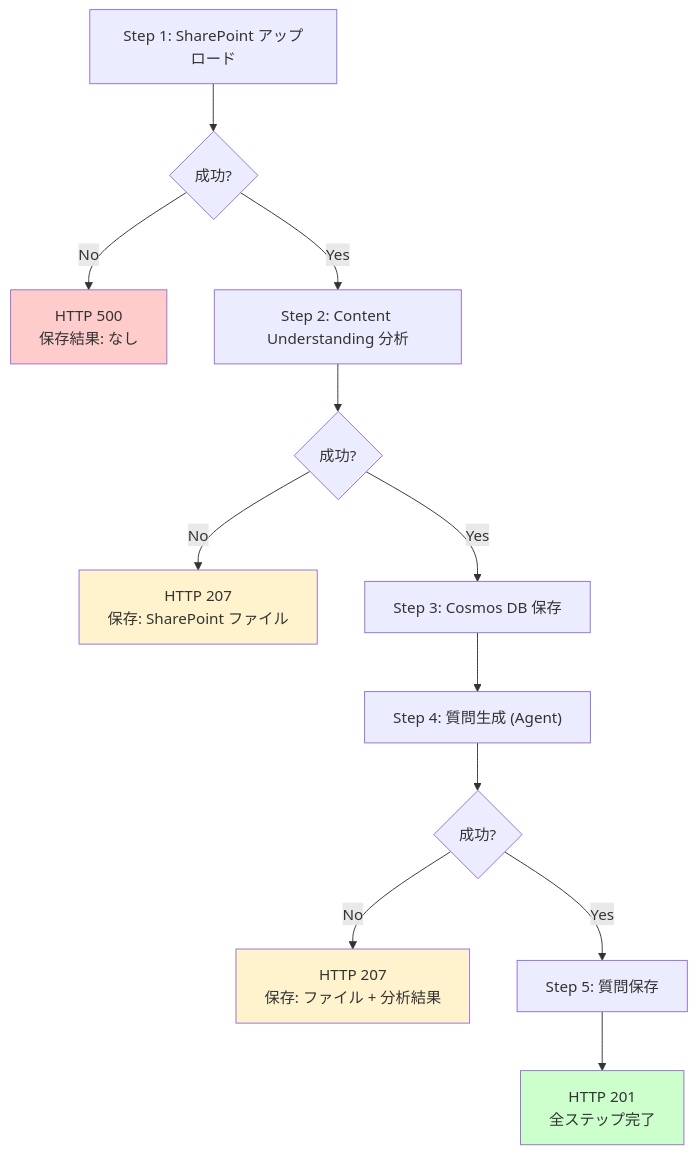
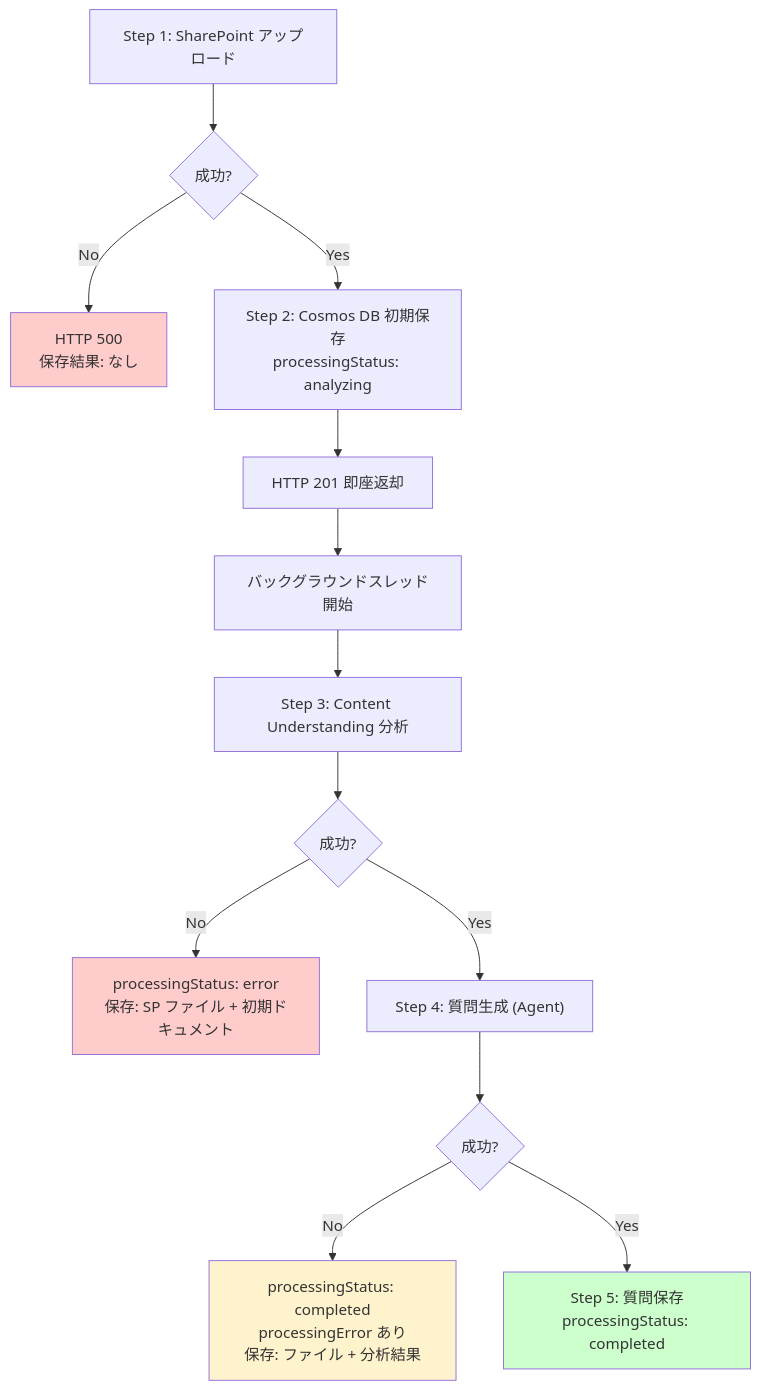
Diagram 17 of 20 in docs/ARCHITECTURE.md (hatasaki/Manufacturing-Intelligent-Document-Management), drawn with Mermaid before and after one commit. The commit also changed other lines of this file and 11 other files, not shown here.

````diff
--- a/docs/ARCHITECTURE.md
+++ b/docs/ARCHITECTURE.md
@@ -568,19 +578,20 @@
 ```mermaid
 flowchart TD
     STEP1["Step 1: SharePoint アップロード"] --> S1_OK{成功?}
     S1_OK -->|No| ERR500["HTTP 500<br/>保存結果: なし"]
-    S1_OK -->|Yes| STEP2["Step 2: Content Understanding 分析"]
-    STEP2 --> S2_OK{成功?}
-    S2_OK -->|No| ERR207_1["HTTP 207<br/>保存: SharePoint ファイル"]
-    S2_OK -->|Yes| STEP3["Step 3: Cosmos DB 保存"]
-    STEP3 --> STEP4["Step 4: 質問生成 (Agent)"]
+    S1_OK -->|Yes| STEP2["Step 2: Cosmos DB 初期保存<br/>processingStatus: analyzing"]
+    STEP2 --> RETURN["HTTP 201 即座返却"]
+    RETURN --> BG["バックグラウンドスレッド開始"]
+    BG --> STEP3["Step 3: Content Understanding 分析"]
+    STEP3 --> S3_OK{成功?}
+    S3_OK -->|No| ERR_PROC1["processingStatus: error<br/>保存: SP ファイル + 初期ドキュメント"]
+    S3_OK -->|Yes| STEP4["Step 4: 質問生成 (Agent)"]
     STEP4 --> S4_OK{成功?}
-    S4_OK -->|No| ERR207_2["HTTP 207<br/>保存: ファイル + 分析結果"]
-    S4_OK -->|Yes| STEP5["Step 5: 質問保存"]
-    STEP5 --> OK201["HTTP 201<br/>全ステップ完了"]
+    S4_OK -->|No| ERR_PROC2["processingStatus: completed<br/>processingError あり<br/>保存: ファイル + 分析結果"]
+    S4_OK -->|Yes| STEP5["Step 5: 質問保存<br/>processingStatus: completed"]
 
     style ERR500 fill:#ffcccc
-    style ERR207_1 fill:#fff3cd
-    style ERR207_2 fill:#fff3cd
-    style OK201 fill:#ccffcc
+    style ERR_PROC1 fill:#ffcccc
+    style ERR_PROC2 fill:#fff3cd
+    style STEP5 fill:#ccffcc
 ```
````
